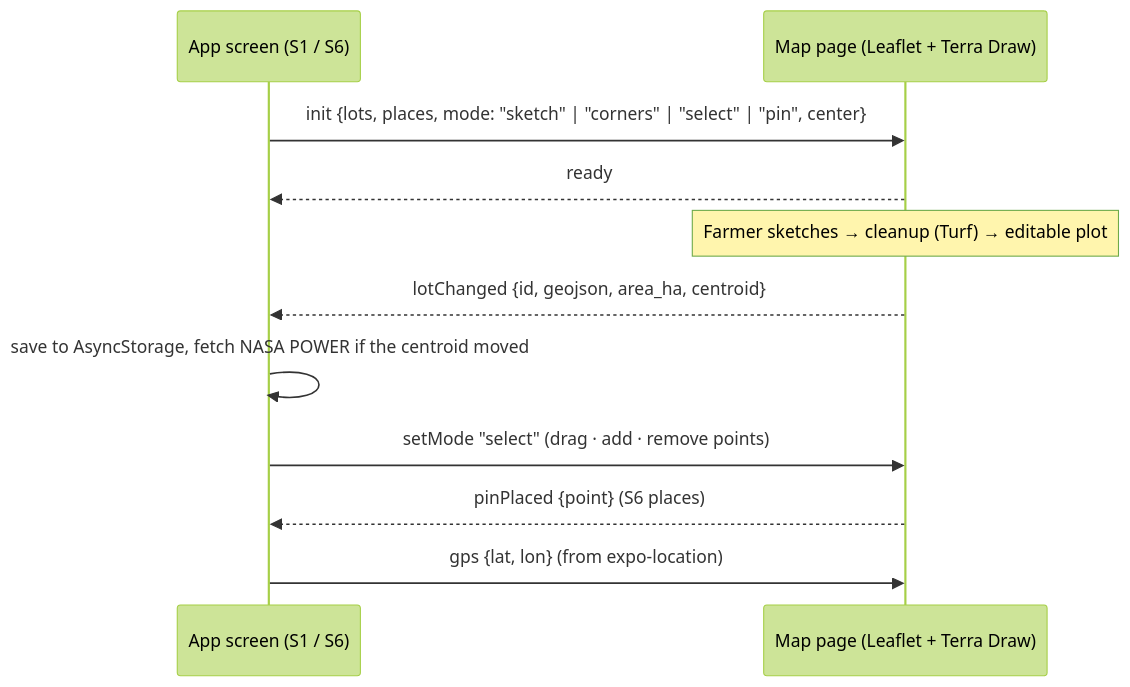
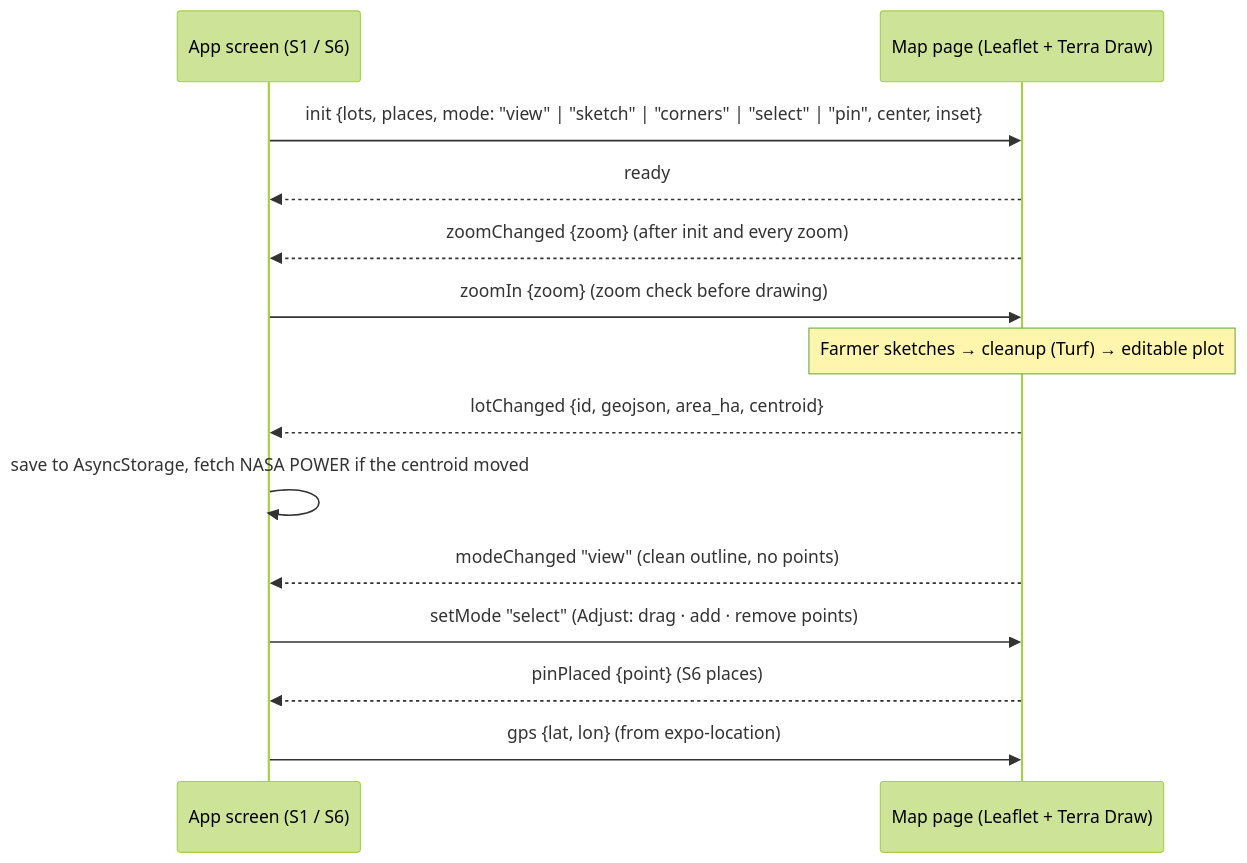
The third of 4 diagrams in docs/06-architecture.md (GENZ-PH/agrosprout), drawn with Mermaid (forest theme) before and after one commit. The commit also changed 7 other files, not shown here.

First line of the commit message:
feat(s1): zoom check before drawing; plot points only while adjusting

````diff
--- a/docs/06-architecture.md
+++ b/docs/06-architecture.md
@@ -112,13 +112,16 @@
 ```mermaid
 sequenceDiagram
   participant App as App screen (S1 / S6)
   participant Map as Map page (Leaflet + Terra Draw)
-  App->>Map: init {lots, places, mode: "sketch" | "corners" | "select" | "pin", center}
+  App->>Map: init {lots, places, mode: "view" | "sketch" | "corners" | "select" | "pin", center, inset}
   Map-->>App: ready
+  Map-->>App: zoomChanged {zoom} (after init and every zoom)
+  App->>Map: zoomIn {zoom} (zoom check before drawing)
   Note over Map: Farmer sketches → cleanup (Turf) → editable plot
   Map-->>App: lotChanged {id, geojson, area_ha, centroid}
   App->>App: save to AsyncStorage, fetch NASA POWER if the centroid moved
-  App->>Map: setMode "select" (drag · add · remove points)
+  Map-->>App: modeChanged "view" (clean outline, no points)
+  App->>Map: setMode "select" (Adjust: drag · add · remove points)
   Map-->>App: pinPlaced {point} (S6 places)
   App->>Map: gps {lat, lon} (from expo-location)
 ```
````
